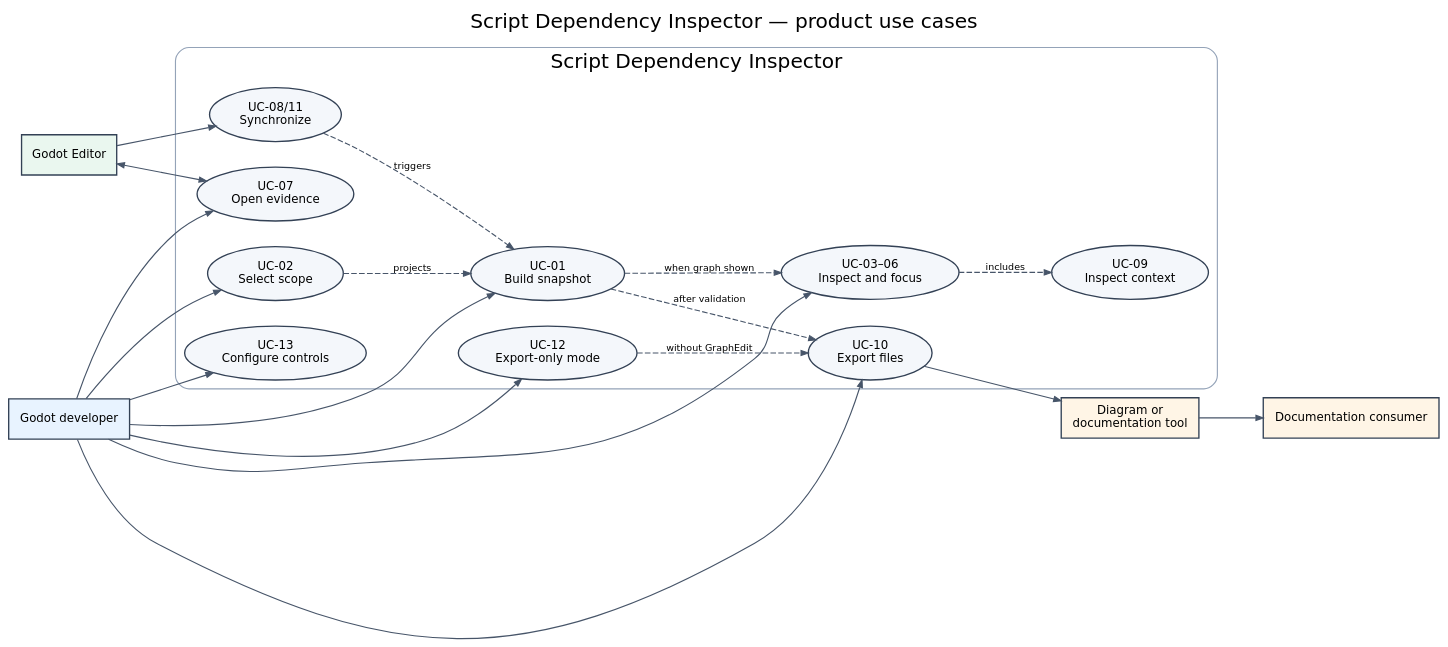
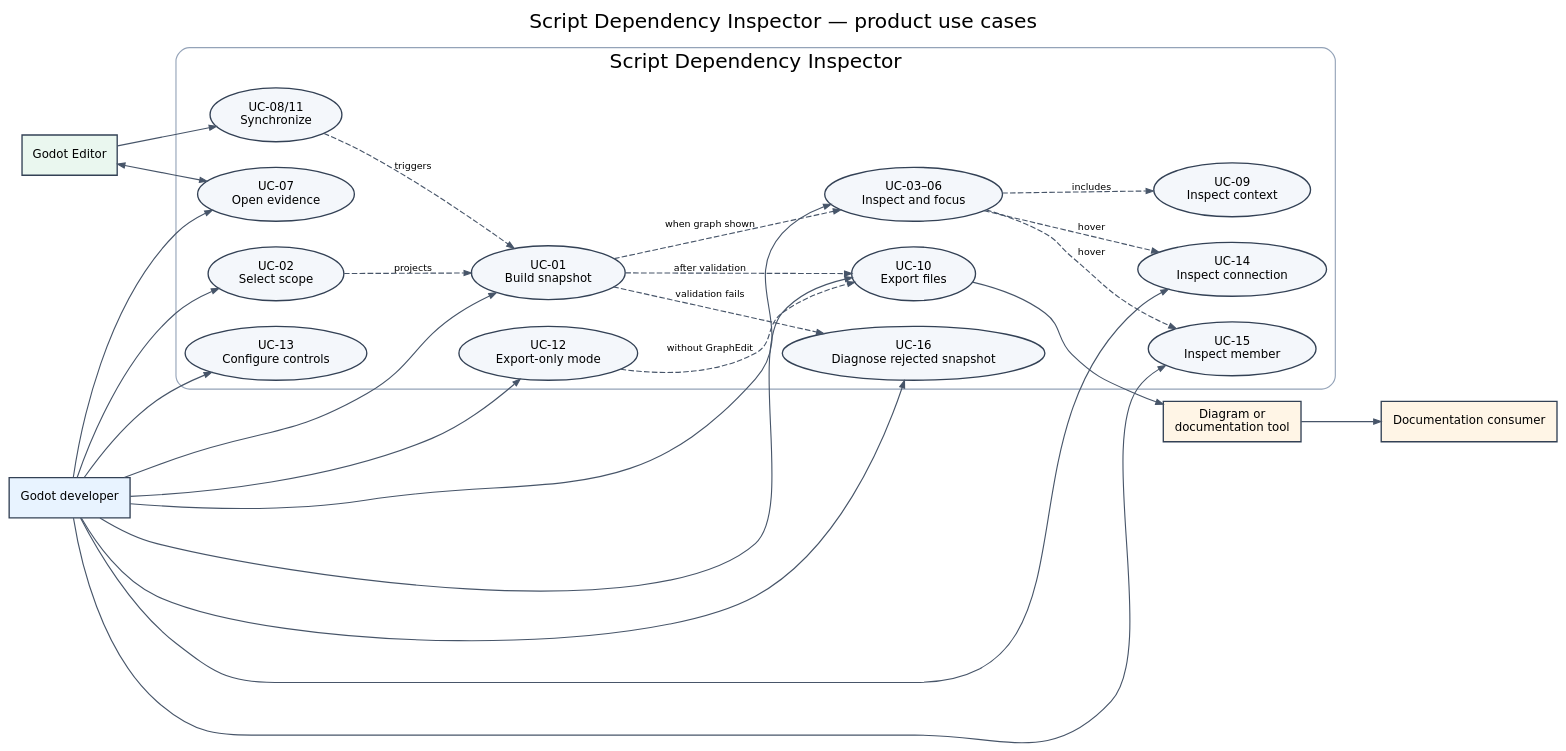
Before and after one commit to iAnanich/godot-project-tree: the diagram in docs/diagrams/use-cases-overview.dot, drawn with Graphviz. The commit also changed 84 other files, not shown here.

```diff
--- a/docs/diagrams/use-cases-overview.dot
+++ b/docs/diagrams/use-cases-overview.dot
@@ -1,34 +1,41 @@
 digraph UseCasesOverview {
   graph [rankdir=LR, bgcolor="transparent", pad=0.25, nodesep=0.32, ranksep=0.65, fontname="DejaVu Sans", label="Script Dependency Inspector — product use cases", labelloc=t, fontsize=18];
   node [fontname="DejaVu Sans", fontsize=10.5, shape=ellipse, style="filled", fillcolor="#F4F7FB", color="#334155", penwidth=1.2, margin="0.13,0.07"];
   edge [fontname="DejaVu Sans", fontsize=8.5, color="#475569", arrowsize=0.65];
 
   developer [shape=box, label="Godot developer", fillcolor="#E8F3FF"];
   editor [shape=box, label="Godot Editor", fillcolor="#EAF7EF"];
   tool [shape=box, label="Diagram or\ndocumentation tool", fillcolor="#FFF5E6"];
   consumer [shape=box, label="Documentation consumer", fillcolor="#FFF5E6"];
 
   subgraph cluster_inspector {
     label="Script Dependency Inspector"; color="#94A3B8"; style="rounded";
     build [label="UC-01\nBuild snapshot"];
     scope [label="UC-02\nSelect scope"];
     inspect [label="UC-03–06\nInspect and focus"];
     navigate [label="UC-07\nOpen evidence"];
     sync [label="UC-08/11\nSynchronize"];
     context [label="UC-09\nInspect context"];
     export [label="UC-10\nExport files"];
     exportonly [label="UC-12\nExport-only mode"];
     controls [label="UC-13\nConfigure controls"];
+    connection_hover [label="UC-14\nInspect connection"];
+    member_hover [label="UC-15\nInspect member"];
+    rejected [label="UC-16\nDiagnose rejected snapshot"];
   }
 
   developer -> build; developer -> scope; developer -> inspect; developer -> navigate;
   developer -> export; developer -> exportonly; developer -> controls;
+  developer -> connection_hover; developer -> member_hover; developer -> rejected;
   editor -> sync; editor -> navigate [dir=both];
   sync -> build [label="triggers", style=dashed];
   scope -> build [label="projects", style=dashed];
   inspect -> context [label="includes", style=dashed];
   build -> inspect [label="when graph shown", style=dashed];
+  inspect -> connection_hover [label="hover", style=dashed];
+  inspect -> member_hover [label="hover", style=dashed];
+  build -> rejected [label="validation fails", style=dashed];
   build -> export [label="after validation", style=dashed];
   exportonly -> export [label="without GraphEdit", style=dashed];
   export -> tool; tool -> consumer;
 }
```
